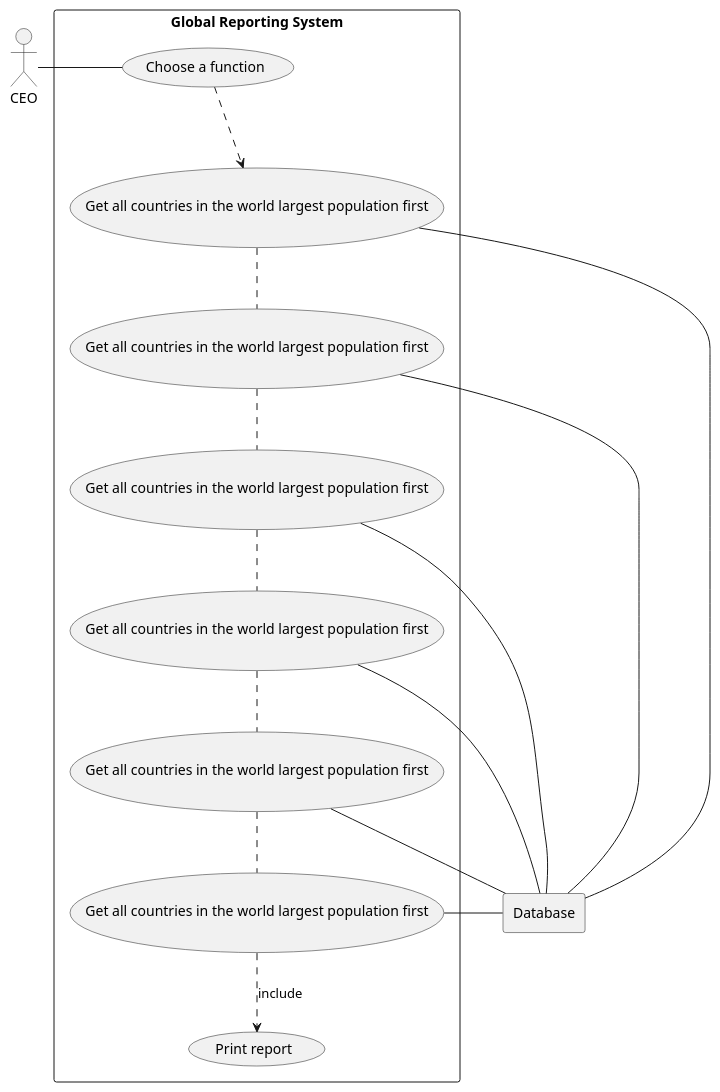
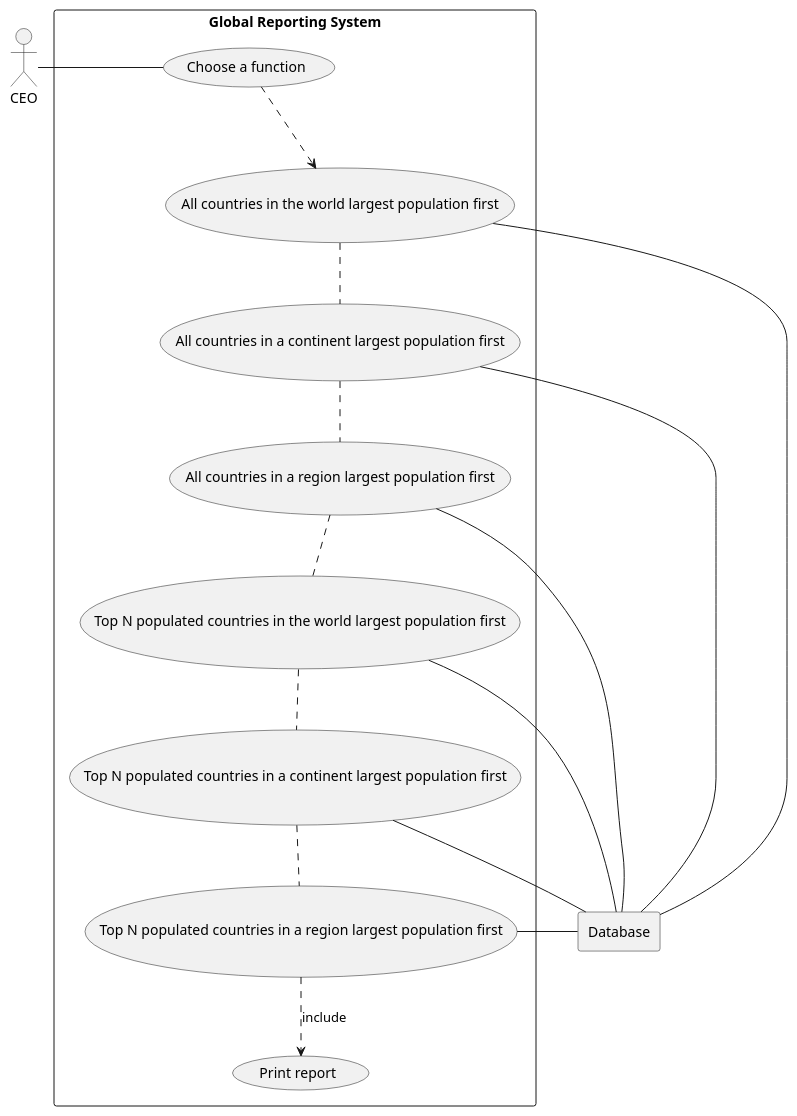
One commit to CamyH/World-Database-Report-Generator changed the diagram in use-cases/countries/use-cases.puml. Above: the diagram before and after it, drawn with PlantUML.

Commit message:
Fixed repeated use case

```diff
--- a/use-cases/countries/use-cases.puml
+++ b/use-cases/countries/use-cases.puml
@@ -1,39 +1,39 @@
 @startuml
 
 actor CEO as "CEO"
 
 rectangle Database
 
 rectangle "Global Reporting System" {
 
     usecase Choice as "Choose a function"
-    usecase UC1 as "Get all countries in the world largest population first"
-    usecase UC2 as "Get all countries in the world largest population first"
-    usecase UC3 as "Get all countries in the world largest population first"
-    usecase UC4 as "Get all countries in the world largest population first"
-    usecase UC5 as "Get all countries in the world largest population first"
-    usecase UC6 as "Get all countries in the world largest population first"
+    usecase UC1 as "All countries in the world largest population first"
+    usecase UC2 as "All countries in a continent largest population first"
+    usecase UC3 as "All countries in a region largest population first"
+    usecase UC4 as "Top N populated countries in the world largest population first"
+    usecase UC5 as "Top N populated countries in a continent largest population first"
+    usecase UC6 as "Top N populated countries in a region largest population first"
 
 
     usecase UCa as "Print report"
 
     CEO - Choice
       Choice ..> UC1
       UC1 .. UC2
       UC2 .. UC3
       UC3 .. UC4
       UC4 .. UC5
       UC5 .. UC6
 
       UC6 ..> UCa : include
 
 
       UC1 - Database
           UC2 - Database
           UC3 - Database
           UC4 - Database
           UC5 - Database
           UC6 - Database
 }
 
 @enduml
```
